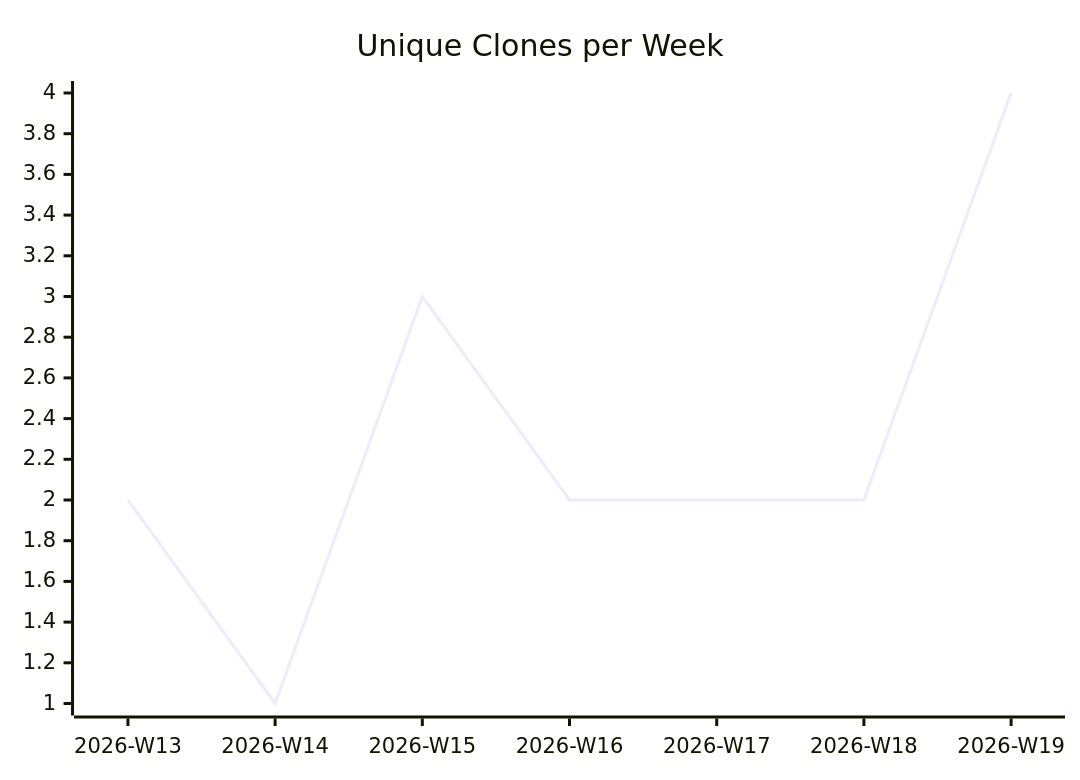
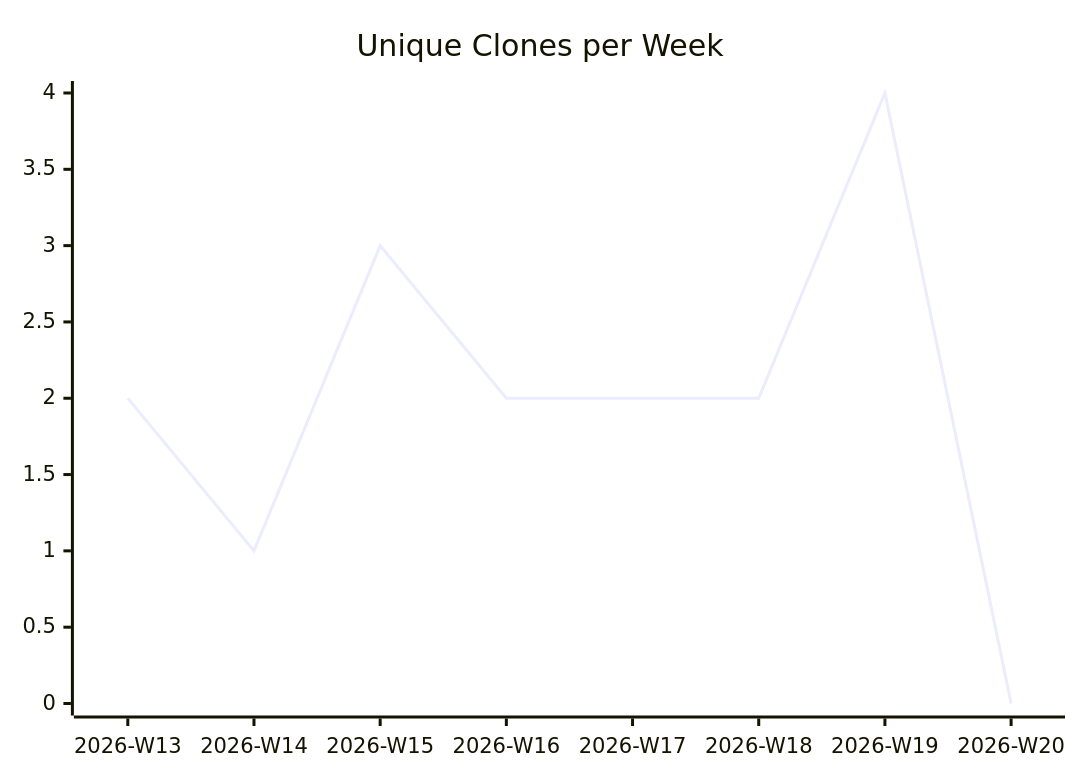
Before and after one commit to justdavis-family/github-analytics-data: the third of 3 diagrams in karlmdavis/kobjects/README.md, drawn with Mermaid. The commit also changed other lines of this file and 176 other files, not shown here.

````diff
--- a/karlmdavis/kobjects/README.md
+++ b/karlmdavis/kobjects/README.md
@@ -19,6 +19,6 @@
 ```mermaid
 xychart-beta
   title "Unique Clones per Week"
-  x-axis ["2026-W13", "2026-W14", "2026-W15", "2026-W16", "2026-W17", "2026-W18", "2026-W19"]
-  line [2, 1, 3, 2, 2, 2, 4]
+  x-axis ["2026-W13", "2026-W14", "2026-W15", "2026-W16", "2026-W17", "2026-W18", "2026-W19", "2026-W20"]
+  line [2, 1, 3, 2, 2, 2, 4, 0]
 ```
````
